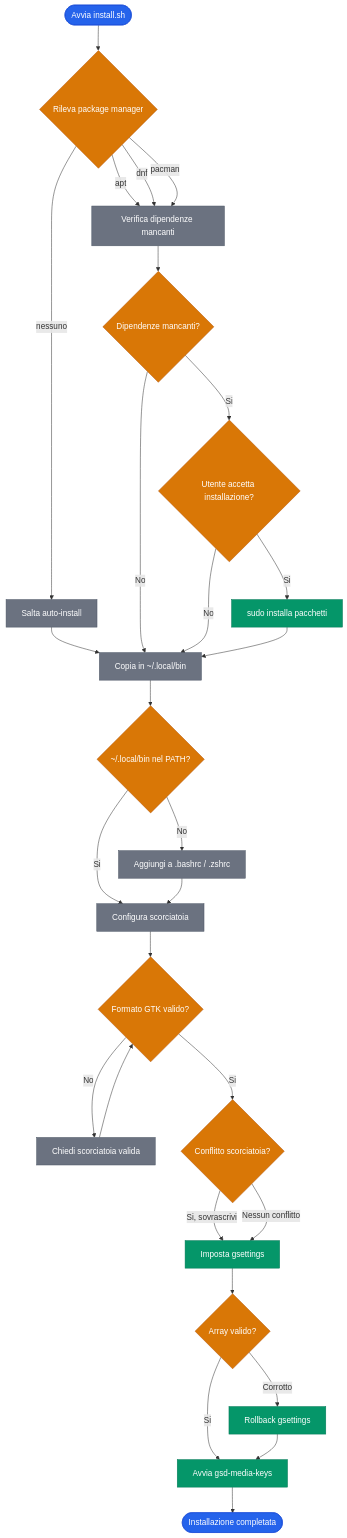
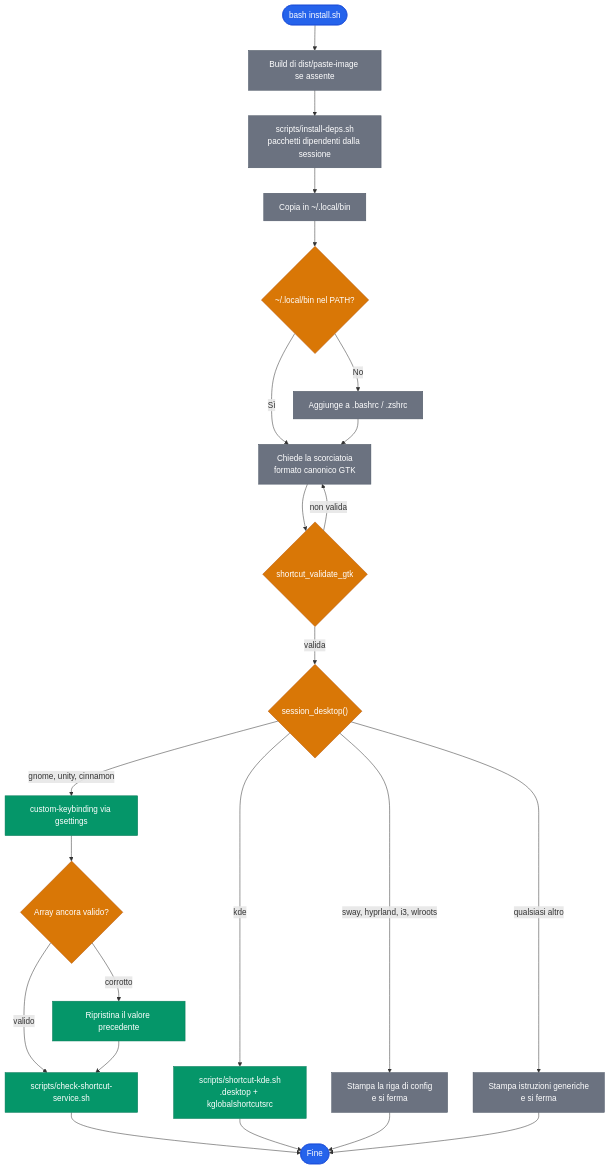
The fourth of 5 diagrams in docs/ARCHITECTURE.it.md (AndreaBonn/cli-image-paste), drawn with Mermaid before and after one commit. The commit also changed other lines of this file and 1 other file, not shown here.

First line of the commit message:
docs(architecture): describe the generated build, not the removed monolith

````diff
--- a/docs/ARCHITECTURE.it.md
+++ b/docs/ARCHITECTURE.it.md
@@ -120,45 +264,40 @@
 ```mermaid
 %%{init: {'theme': 'default'}}%%
 graph TD
-  start_node(["Avvia install.sh"]) --> detect_pkg{"Rileva package manager"}
-  detect_pkg -->|"apt"| check_deps["Verifica dipendenze mancanti"]
-  detect_pkg -->|"dnf"| check_deps
-  detect_pkg -->|"pacman"| check_deps
-  detect_pkg -->|"nessuno"| skip_pkg["Salta auto-install"]
-  skip_pkg --> copy_script
+  start_node(["bash install.sh"]) --> build_step["Build di dist/paste-image se assente"]
+  build_step --> deps["scripts/install-deps.sh<br/>pacchetti dipendenti dalla sessione"]
+  deps --> copy_script["Copia in ~/.local/bin"]
+  copy_script --> check_path{"~/.local/bin nel PATH?"}
+  check_path -->|"No"| add_path["Aggiunge a .bashrc / .zshrc"]
+  check_path -->|"Sì"| ask_shortcut
+  add_path --> ask_shortcut["Chiede la scorciatoia<br/>formato canonico GTK"]
 
-  check_deps --> has_missing{"Dipendenze mancanti?"}
-  has_missing -->|"No"| copy_script["Copia in ~/.local/bin"]
-  has_missing -->|"Si"| prompt_user{"Utente accetta installazione?"}
-  prompt_user -->|"Si"| install_deps["sudo installa pacchetti"]
-  prompt_user -->|"No"| copy_script
-  install_deps --> copy_script
+  ask_shortcut --> validate{"shortcut_validate_gtk"}
+  validate -->|"non valida"| ask_shortcut
+  validate -->|"valida"| dispatch{"session_desktop()"}
 
-  copy_script --> check_path{"~/.local/bin nel PATH?"}
-  check_path -->|"Si"| config_shortcut["Configura scorciatoia"]
-  check_path -->|"No"| add_path["Aggiungi a .bashrc / .zshrc"]
-  add_path --> config_shortcut
+  dispatch -->|"gnome, unity, cinnamon"| gsettings["custom-keybinding via gsettings"]
+  dispatch -->|"kde"| kde["scripts/shortcut-kde.sh<br/>.desktop + kglobalshortcutsrc"]
+  dispatch -->|"sway, hyprland, i3, wlroots"| print_wm["Stampa la riga di config<br/>e si ferma"]
+  dispatch -->|"qualsiasi altro"| generic["Stampa istruzioni generiche<br/>e si ferma"]
 
-  config_shortcut --> validate_fmt{"Formato GTK valido?"}
-  validate_fmt -->|"No"| ask_shortcut["Chiedi scorciatoia valida"]
-  ask_shortcut --> validate_fmt
-  validate_fmt -->|"Si"| check_conflict{"Conflitto scorciatoia?"}
-  check_conflict -->|"Si, sovrascrivi"| set_gsettings["Imposta gsettings"]
-  check_conflict -->|"Nessun conflitto"| set_gsettings
+  gsettings --> verify{"Array ancora valido?"}
+  verify -->|"corrotto"| rollback["Ripristina il valore precedente"]
+  verify -->|"valido"| service["scripts/check-shortcut-service.sh"]
+  rollback --> service
 
-  set_gsettings --> verify_array{"Array valido?"}
-  verify_array -->|"Si"| start_service["Avvia gsd-media-keys"]
-  verify_array -->|"Corrotto"| rollback["Rollback gsettings"]
-  rollback --> start_service
-  start_service --> done_node(["Installazione completata"])
+  service --> done_node(["Fine"])
+  kde --> done_node
+  print_wm --> done_node
+  generic --> done_node
 
   classDef core fill:#2563eb,stroke:#1d4ed8,color:#fff
   classDef data fill:#d97706,stroke:#b45309,color:#fff
   classDef ext fill:#6b7280,stroke:#4b5563,color:#fff
   classDef engine fill:#059669,stroke:#047857,color:#fff
 
   class start_node,done_node core
-  class detect_pkg,has_missing,check_path,validate_fmt,check_conflict,verify_array,prompt_user data
-  class install_deps,set_gsettings,start_service,rollback engine
-  class copy_script,add_path,config_shortcut,check_deps,skip_pkg,ask_shortcut ext
+  class check_path,validate,dispatch,verify data
+  class gsettings,kde,service,rollback engine
+  class build_step,deps,copy_script,add_path,ask_shortcut,print_wm,generic ext
 ```
````
